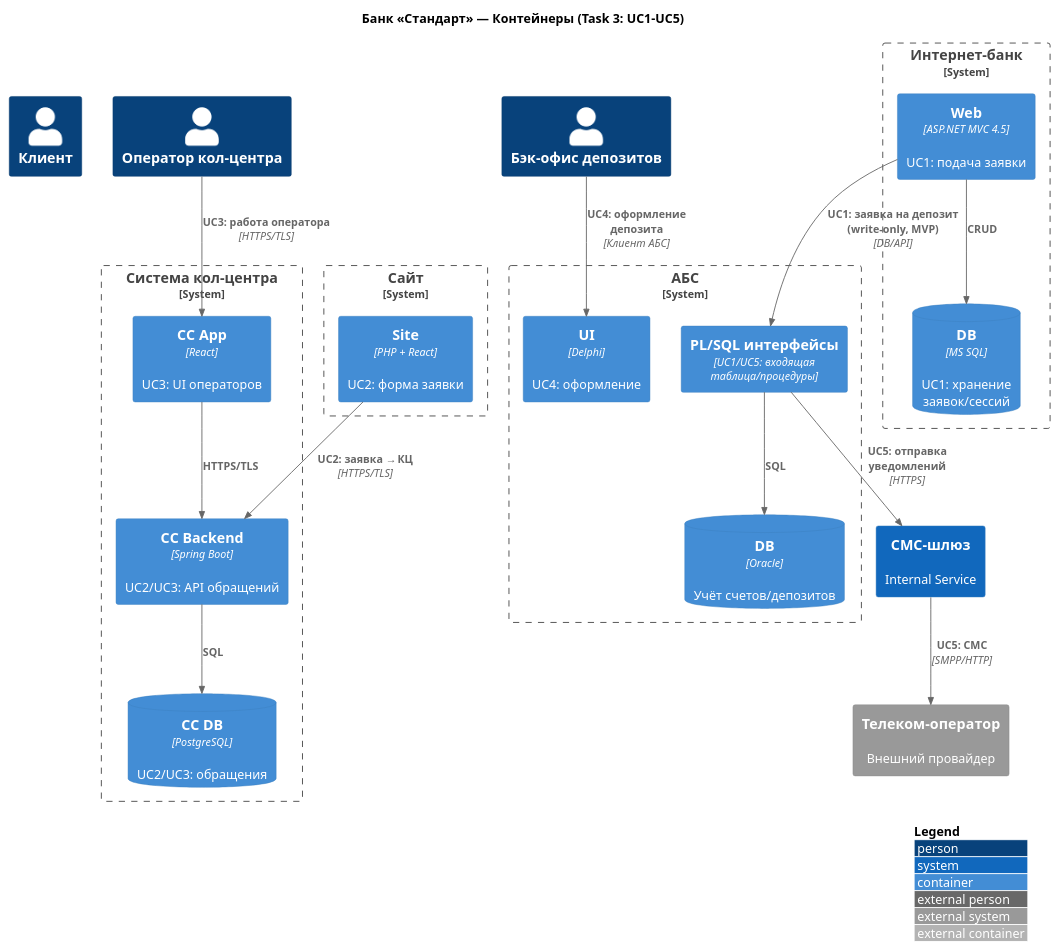
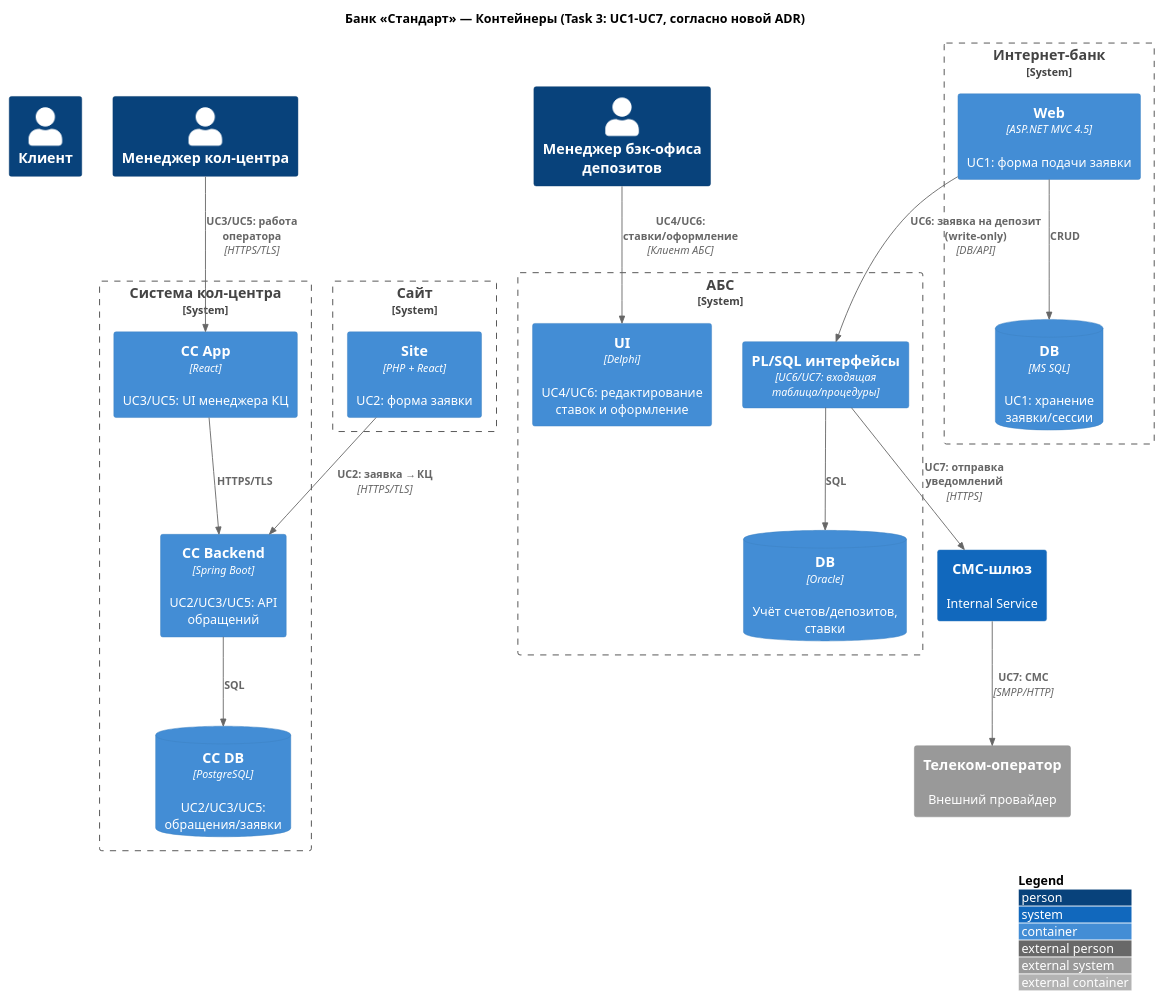
The diagram in Task3/C4-Containers-Task3.md (SergeiLisovoi22/architecture-standart), drawn with PlantUML before and after one commit. The commit also changed other lines of this file and 8 other files, not shown here.

````diff
--- a/Task3/C4-Containers-Task3.md
+++ b/Task3/C4-Containers-Task3.md
@@ -4,58 +4,59 @@
 ```puml
 @startuml
 !include ../../c4/C4_Container.puml
 LAYOUT_WITH_LEGEND()
 top to bottom direction
 
-title Банк «Стандарт» — Контейнеры (Task 3: UC1–UC5)
+title Банк «Стандарт» — Контейнеры (Task 3: UC1–UC7, согласно новой ADR)
 
-' Персоны (для наглядности связей)
+' Персоны (для явной привязки UC)
 Person(Client, "Клиент")
-Person(CCAgent, "Оператор кол-центра")
-Person(BackOfficeDep, "Бэк-офис депозитов")
+Person(CCAgent, "Менеджер кол-центра")
+Person(BackOfficeDep, "Менеджер бэк-офиса депозитов")
 
 ' Каналы
 System_Boundary(IB, "Интернет-банк") {
-  Container(IB_Web, "Web", "ASP.NET MVC 4.5", "UC1: подача заявки")
-  ContainerDb(IB_DB, "DB", "MS SQL", "UC1: хранение заявок/сессий")
+  Container(IB_Web, "Web", "ASP.NET MVC 4.5", "UC1: форма подачи заявки")
+  ContainerDb(IB_DB, "DB", "MS SQL", "UC1: хранение заявки/сессии")
   Rel(IB_Web, IB_DB, "CRUD")
 }
 
 System_Boundary(Website, "Сайт") {
   Container(SiteApp, "Site", "PHP + React", "UC2: форма заявки")
 }
 
 System_Boundary(CC, "Система кол-центра") {
-  Container(CC_App, "CC App", "React", "UC3: UI операторов")
-  Container(CC_API, "CC Backend", "Spring Boot", "UC2/UC3: API обращений")
-  ContainerDb(CC_DB, "CC DB", "PostgreSQL", "UC2/UC3: обращения")
+  Container(CC_App, "CC App", "React", "UC3/UC5: UI менеджера КЦ")
+  Container(CC_API, "CC Backend", "Spring Boot", "UC2/UC3/UC5: API обращений")
+  ContainerDb(CC_DB, "CC DB", "PostgreSQL", "UC2/UC3/UC5: обращения/заявки")
   Rel(CC_App, CC_API, "HTTPS/TLS")
   Rel(CC_API, CC_DB, "SQL")
   Rel(SiteApp, CC_API, "UC2: заявка → КЦ", "HTTPS/TLS")
 }
 
+' Ядро
 System_Boundary(ABS, "АБС") {
-  Container(ABS_UI, "UI", "Delphi", "UC4: оформление")
-  Container(ABS_API, "PL/SQL интерфейсы", "UC1/UC5: входящая таблица/процедуры")
-  ContainerDb(ABS_DB, "DB", "Oracle", "Учёт счетов/депозитов")
+  Container(ABS_UI, "UI", "Delphi", "UC4/UC6: редактирование ставок и оформление")
+  Container(ABS_API, "PL/SQL интерфейсы", "UC6/UC7: входящая таблица/процедуры")
+  ContainerDb(ABS_DB, "DB", "Oracle", "Учёт счетов/депозитов, ставки")
   Rel(ABS_API, ABS_DB, "SQL")
 }
 
 System(SMSGateway, "СМС-шлюз", "Internal Service")
 System_Ext(Telco, "Телеком-оператор", "Внешний провайдер")
 
-' Покрытие UC1: write-only из ИБ в АБС
-Rel(IB_Web, ABS_API, "UC1: заявка на депозит (write-only, MVP)", "DB/API")
+' Покрытие UC6: write-only из ИБ в АБС
+Rel(IB_Web, ABS_API, "UC6: заявка на депозит (write-only)", "DB/API")
 
-' UC3 взаимодействие оператора
-Rel(CCAgent, CC_App, "UC3: работа оператора", "HTTPS/TLS")
+' UC3/UC5: работа КЦ
+Rel(CCAgent, CC_App, "UC3/UC5: работа оператора", "HTTPS/TLS")
 
-' UC4 оформление бэк-офисом
-Rel(BackOfficeDep, ABS_UI, "UC4: оформление депозита", "Клиент АБС")
+' UC4/UC6: работа бэк-офиса
+Rel(BackOfficeDep, ABS_UI, "UC4/UC6: ставки/оформление", "Клиент АБС")
 
-' UC5 уведомления
-Rel(ABS_API, SMSGateway, "UC5: отправка уведомлений", "HTTPS")
-Rel(SMSGateway, Telco, "UC5: СМС", "SMPP/HTTP")
+' UC7: уведомления
+Rel(ABS_API, SMSGateway, "UC7: отправка уведомлений", "HTTPS")
+Rel(SMSGateway, Telco, "UC7: СМС", "SMPP/HTTP")
 
 @enduml
 ```
````
